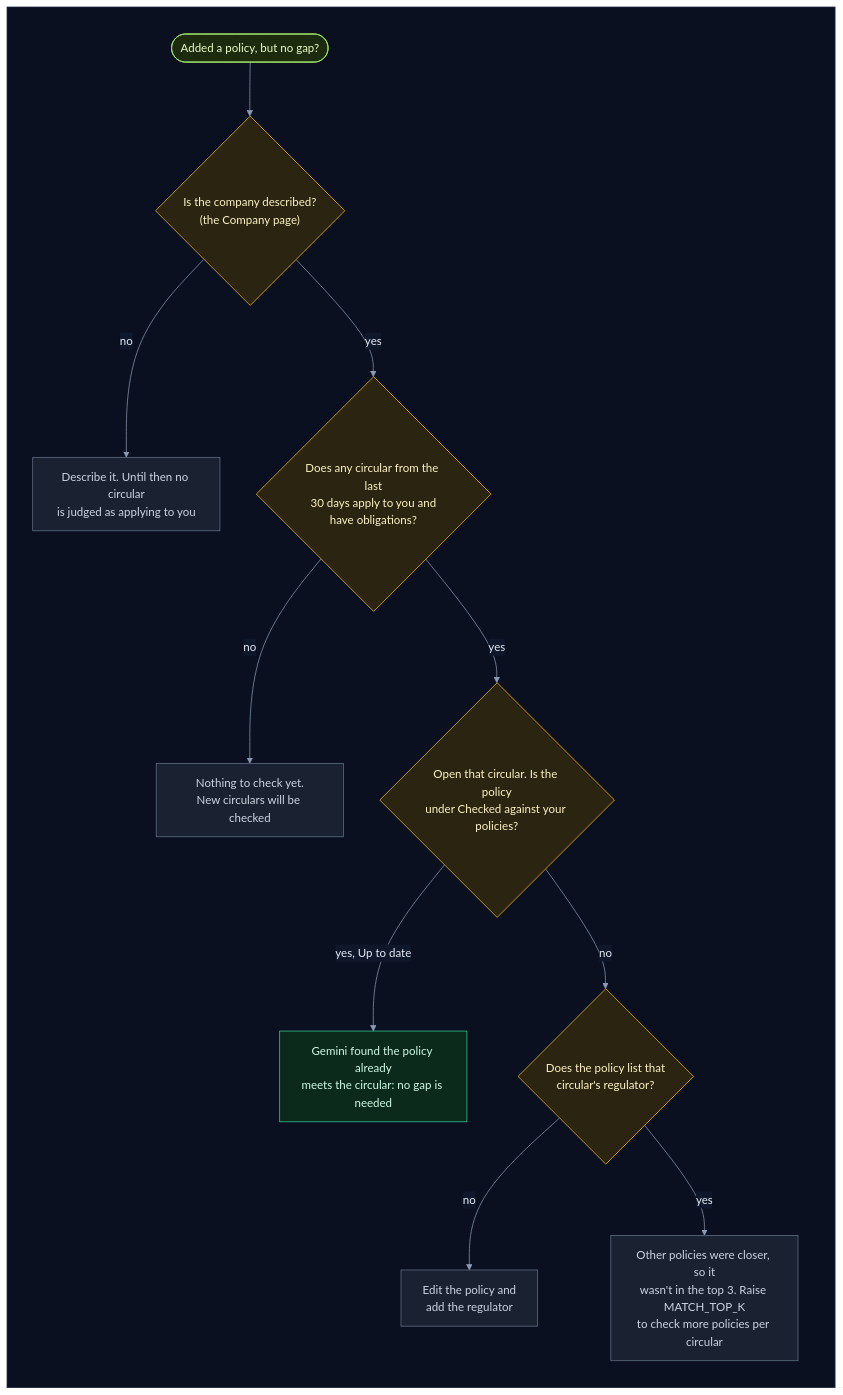
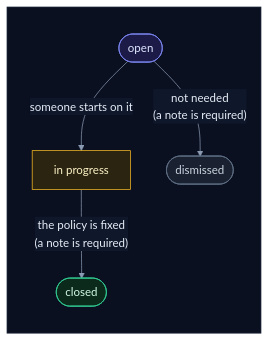
One commit to selvakumarperumal/Regulatory_Circular_Impact_Agent changed diagram 16 of 52 in how_it_works.md. Above: the diagram before and after it, drawn with Mermaid. The commit also changed other lines of this file and 3 other files, not shown here.

First line of the commit message:
Rewrite how_it_works.md in plain words, a diagram per step

````diff
--- a/how_it_works.md
+++ b/how_it_works.md
@@ -1007,31 +786,25 @@
 ```mermaid
 %%{init: {"theme": "base", "flowchart": {"diagramPadding": 0}, "themeVariables": {"darkMode": true, "primaryColor": "#16213a", "primaryTextColor": "#e6edf7", "primaryBorderColor": "#475a7a", "lineColor": "#8b9bb4", "secondaryColor": "#1b2436", "tertiaryColor": "#101a2e", "edgeLabelBackground": "#0f172a", "textColor": "#e2e8f0", "clusterBkg": "#0f1728", "clusterBorder": "#2b3a55", "titleColor": "#c4b5fd", "nodeTextColor": "#e6edf7"}}}%%
 flowchart TD
     subgraph canvas[" "]
         direction TB
-        s(["Added a policy, but no gap?"]) --> q1{"Is the company described?<br/>(the Company page)"}
-        q1 -->|no| a1["Describe it. Until then no circular<br/>is judged as applying to you"]
-        q1 -->|yes| q2{"Does any circular from the last<br/>30 days apply to you and<br/>have obligations?"}
-        q2 -->|no| a2["Nothing to check yet.<br/>New circulars will be checked"]
-        q2 -->|yes| q3{"Open that circular. Is the policy<br/>under Checked against your policies?"}
-        q3 -->|"yes, Up to date"| a3["Gemini found the policy already<br/>meets the circular: no gap is needed"]
-        q3 -->|no| q4{"Does the policy list that<br/>circular's regulator?"}
-        q4 -->|no| a4["Edit the policy and<br/>add the regulator"]
-        q4 -->|yes| a5["Other policies were closer, so it<br/>wasn't in the top 3. Raise MATCH_TOP_K<br/>to check more policies per circular"]
+        o(["open"]) -->|"someone starts on it"| p["in progress"]
+        p -->|"the policy is fixed<br/>(a note is required)"| c(["closed"])
+        o -->|"not needed<br/>(a note is required)"| d(["dismissed"])
     end
-
     classDef svc fill:#0e2a2c,stroke:#2dd4bf,color:#ccfbf1
     classDef data fill:#1c1a47,stroke:#818cf8,color:#e0e7ff
     classDef ext fill:#2a1640,stroke:#c084fc,color:#f3e8ff
     classDef gpu fill:#2d1b0c,stroke:#fb923c,color:#ffedd5
     classDef ask fill:#2a2410,stroke:#fbbf24,color:#fef3c7
     classDef ok fill:#0b2a1c,stroke:#34d399,color:#d1fae5
     classDef bad fill:#2e0f17,stroke:#fb7185,color:#ffe4e6
     classDef start fill:#1c2a0e,stroke:#a7ef6f,color:#ecfccb
     classDef muted fill:#1a2130,stroke:#64748b,color:#cbd5e1
-    class s start
-    class q1,q2,q3,q4 ask
-    class a3 ok
-    class a1,a2,a4,a5 muted
+    classDef queue fill:#0c2231,stroke:#38bdf8,color:#e0f2fe
+    class o data
+    class p ask
+    class c ok
+    class d muted
     style canvas fill:#0b1020,stroke:#1e293b,color:#0b1020
 ```
````
